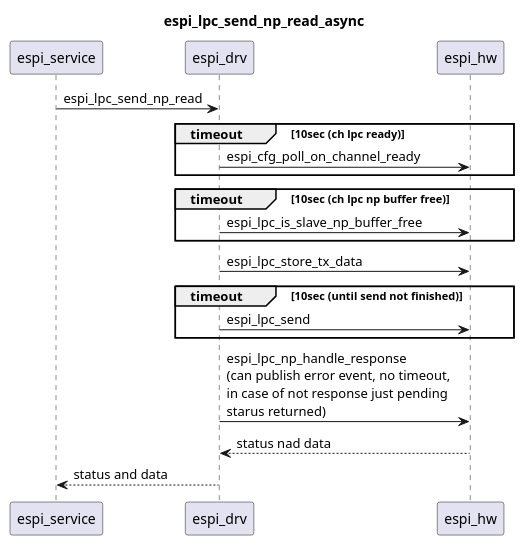
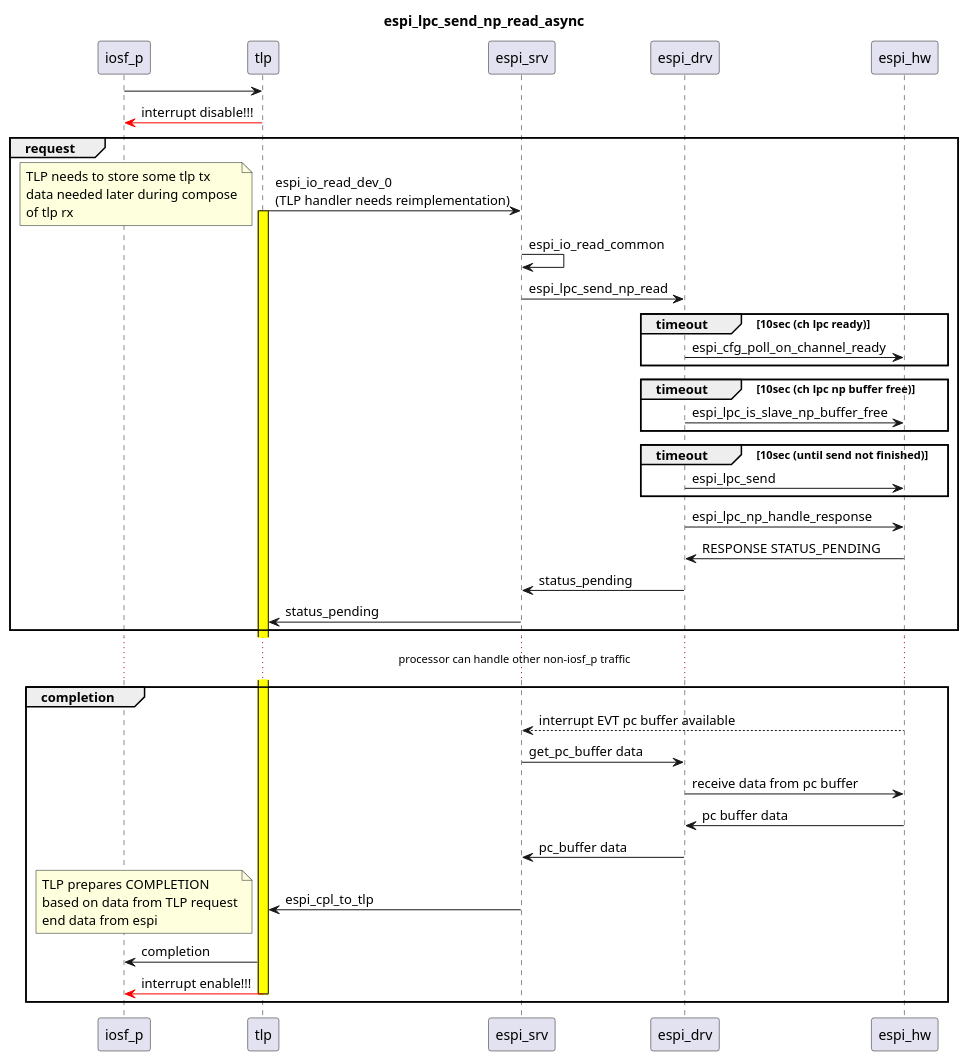
Before and after one commit to lgolawsk/plant: the fourth of 5 diagrams in espi_async.wsd, drawn with PlantUML. The commit also changed other lines of this file, not shown here.

```diff
--- a/espi_async.wsd
+++ b/espi_async.wsd
@@ -67,21 +75,57 @@
 @startuml espi_lpc_send_np_read_async
 title espi_lpc_send_np_read_async
-participant espi_service as es
-participant espi_drv as ed
-participant espi_hw as eh
+participant iosf_p
+participant tlp
+participant espi_srv
+participant espi_drv
+participant espi_hw
 
-es -> ed : espi_lpc_send_np_read
+iosf_p -> tlp :
+iosf_p <[#Red]- tlp : interrupt disable!!!
+group request 
+tlp -> espi_srv : espi_io_read_dev_0\n(TLP handler needs reimplementation)
+note left
+TLP needs to store some tlp tx
+data needed later during compose
+of tlp rx
+end note
+activate tlp #Yellow
+{int_begin} espi_srv -> espi_srv : espi_io_read_common
+
+espi_srv -> espi_drv : espi_lpc_send_np_read
 group timeout [10sec (ch lpc ready)]
-ed -> eh : espi_cfg_poll_on_channel_ready
+espi_drv -> espi_hw : espi_cfg_poll_on_channel_ready
 end
 group timeout [10sec (ch lpc np buffer free)]
-ed ->eh : espi_lpc_is_slave_np_buffer_free
+espi_drv ->espi_hw : espi_lpc_is_slave_np_buffer_free
 end
-ed ->eh : espi_lpc_store_tx_data
+'espi_drv ->espi_hw : espi_lpc_store_tx_data
 group timeout [10sec (until send not finished)]
-ed ->eh : espi_lpc_send
+espi_drv ->espi_hw : espi_lpc_send
 end
-ed ->eh : espi_lpc_np_handle_response \n(can publish error event, no timeout, \nin case of not response just pending \nstarus returned)
-ed <-- eh : status nad data
-es <-- ed : status and data
+espi_drv -> espi_hw : espi_lpc_np_handle_response
+espi_drv <- espi_hw : RESPONSE STATUS_PENDING
+espi_srv <- espi_drv : status_pending
+tlp <- espi_srv : status_pending
+end
+... processor can handle other non-iosf_p traffic ...
+group completion
+espi_srv <-- espi_hw : interrupt EVT pc buffer available 
+espi_srv -> espi_drv : get_pc_buffer data
+espi_drv -> espi_hw : receive data from pc buffer
+espi_drv <- espi_hw : pc buffer data
+espi_srv <- espi_drv : pc_buffer data
+{int_end} tlp <- espi_srv : espi_cpl_to_tlp
+note left
+TLP prepares COMPLETION
+based on data from TLP request
+end data from espi
+end note
+iosf_p <- tlp : completion
+iosf_p <[#Red]- tlp : interrupt enable!!!
+
+{int_begin} <-> {int_end} : dafdas
+deactivate tlp
+end
+
 @enduml
```
